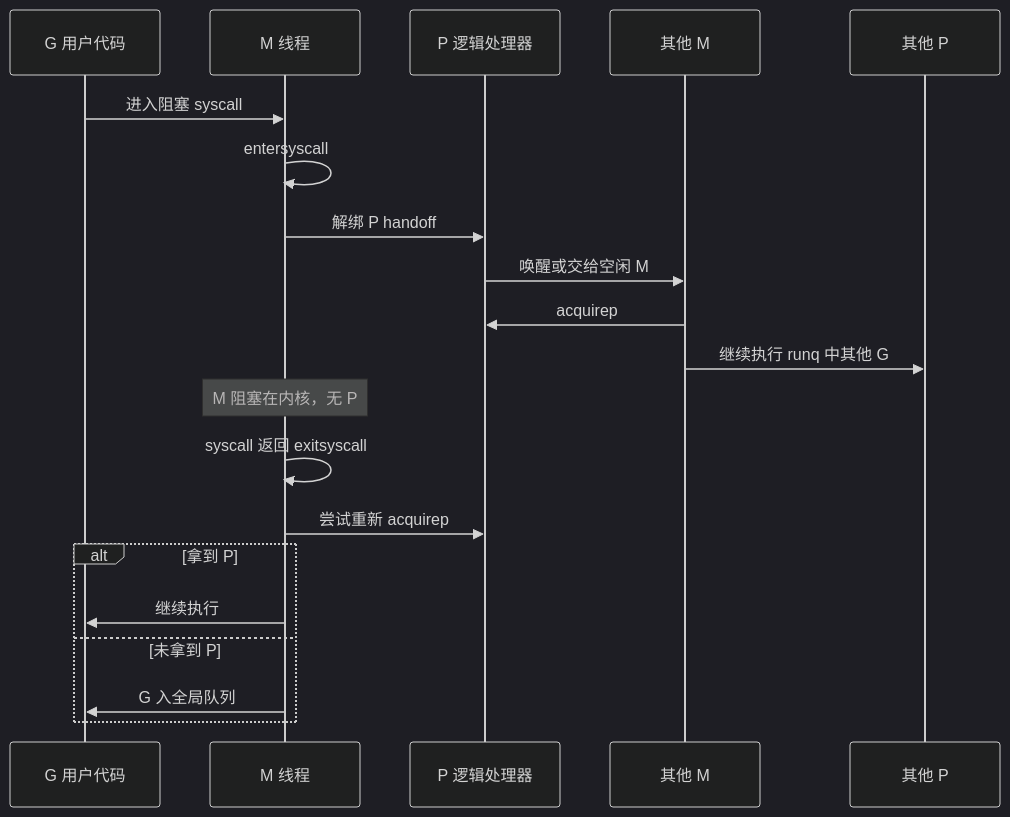
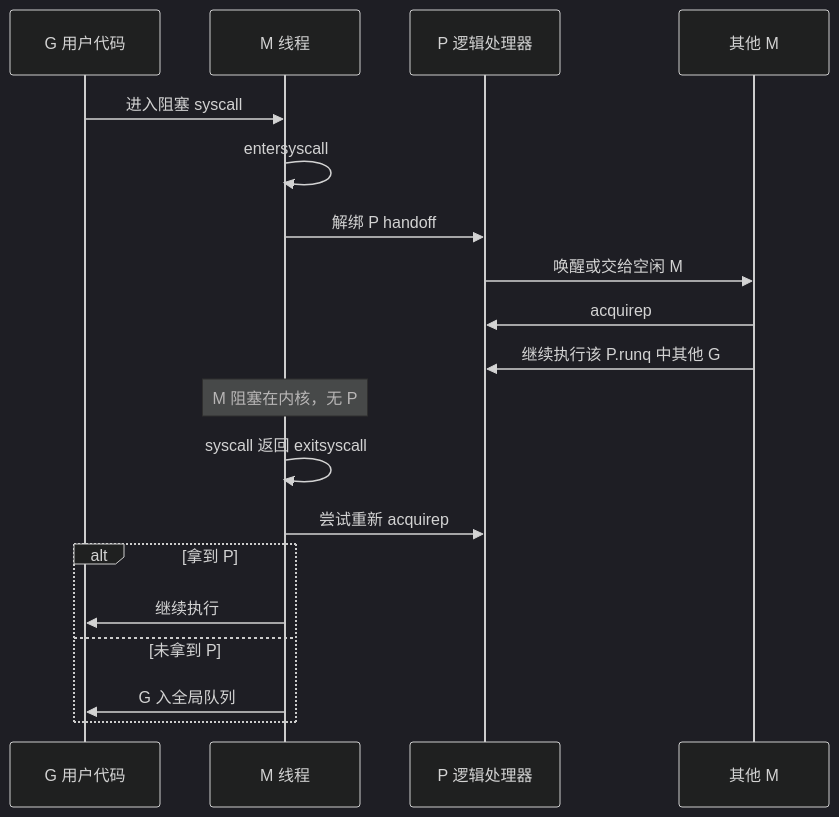
One commit to twodog-tt/Golang-development-manual changed the fifth of 8 diagrams in docs/interview/01-runtime-concurrency/S-CONC-01-gmp-overview.md. Above: the diagram before and after it, drawn with Mermaid (dark theme). The commit also changed other lines of this file and 438 other files, not shown here.

````diff
--- a/docs/interview/01-runtime-concurrency/S-CONC-01-gmp-overview.md
+++ b/docs/interview/01-runtime-concurrency/S-CONC-01-gmp-overview.md
@@ -176,23 +175,22 @@
 ```mermaid
 sequenceDiagram
   participant G as G 用户代码
   participant M as M 线程
   participant P as P 逻辑处理器
   participant M2 as 其他 M
-  participant P2 as 其他 P
 
   G->>M: 进入阻塞 syscall
   M->>M: entersyscall
   M->>P: 解绑 P handoff
   P->>M2: 唤醒或交给空闲 M
   M2->>P: acquirep
-  M2->>P2: 继续执行 runq 中其他 G
+  M2->>P: 继续执行该 P.runq 中其他 G
   Note over M: M 阻塞在内核，无 P
   M->>M: syscall 返回 exitsyscall
   M->>P: 尝试重新 acquirep
   alt 拿到 P
     M->>G: 继续执行
   else 未拿到 P
     M->>G: G 入全局队列
   end
 ```
````
